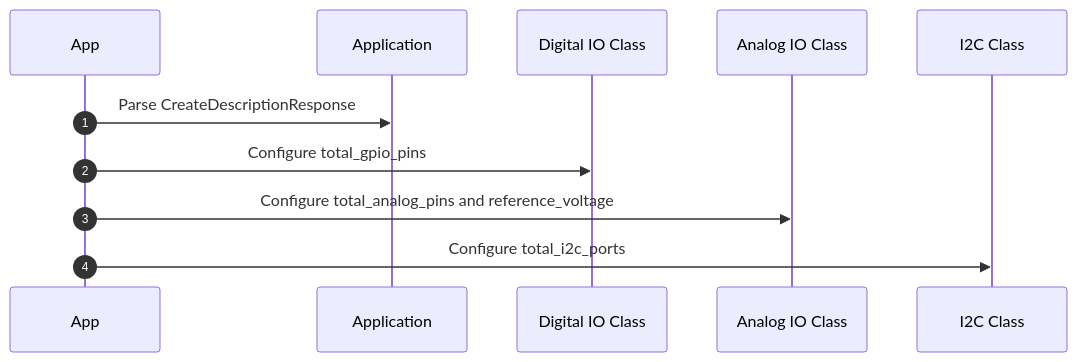
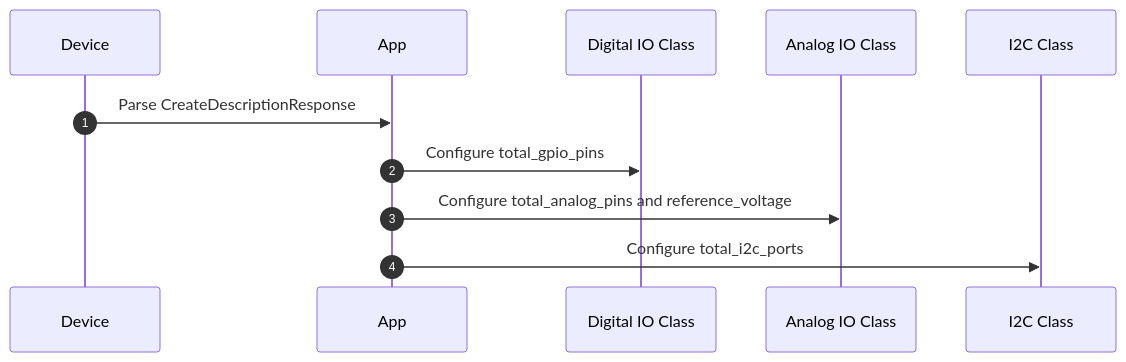
One commit to adafruit/Wippersnapper_Protobuf changed the second of 3 diagrams in proto/wippersnapper/description/v1/description.md. Above: the diagram before and after it, drawn with Mermaid. The commit also changed 1 other file, not shown here.

Commit message:
address feedback

````diff
--- a/proto/wippersnapper/description/v1/description.md
+++ b/proto/wippersnapper/description/v1/description.md
@@ -35,8 +35,8 @@
 ```mermaid
 sequenceDiagram
 autonumber
-App->>Application: Parse CreateDescriptionResponse
+Device->>App: Parse CreateDescriptionResponse
 App->>Digital IO Class: Configure total_gpio_pins 
 App->>Analog IO Class: Configure total_analog_pins and reference_voltage 
 App->>I2C Class: Configure total_i2c_ports
 ```
````
